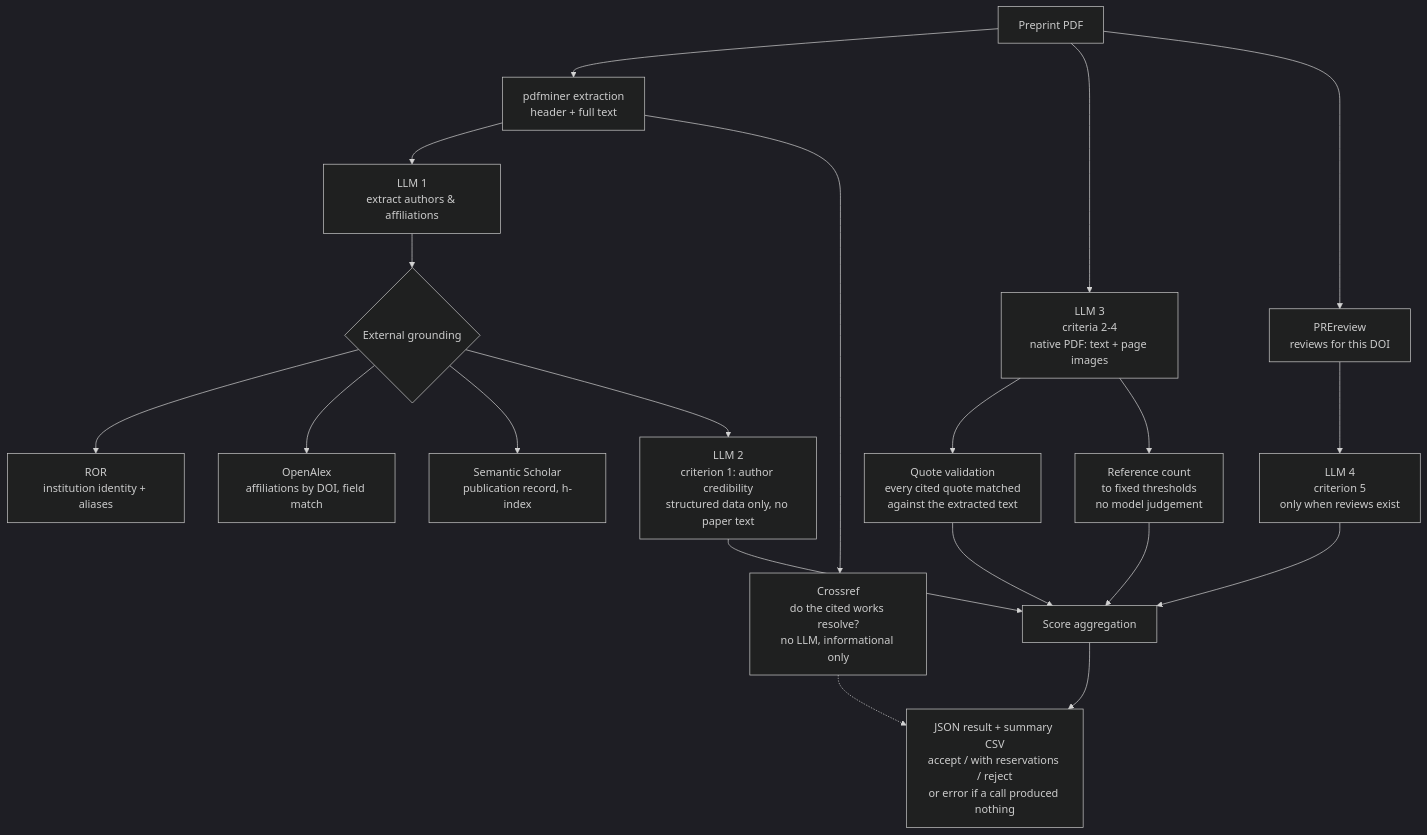
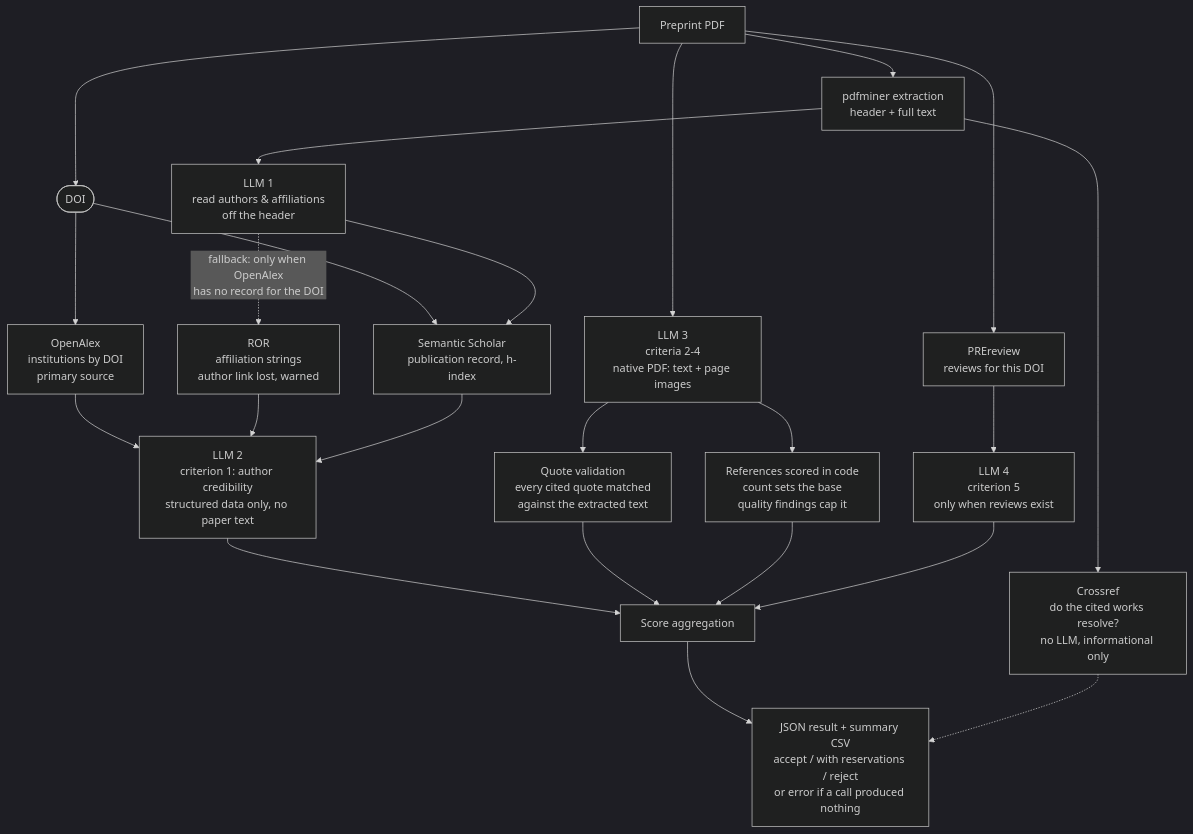
One commit to JuanFinello/preprints-classification-system changed the diagram in README.md. Above: the diagram before and after it, drawn with Mermaid (dark theme). The commit also changed other lines of this file, not shown here.

Commit message:
docs: el diagrama mostraba el grounding colgando del LLM, al revés de como es
Las tres fuentes externas salían del LLM 1, como si la verificación
dependiera de lo que el modelo lee del header. En el código es al revés:
OpenAlex se consulta por DOI y es la fuente primaria de instituciones,
sin usar nada de la extracción del modelo. ROR corre solo cuando
OpenAlex no tiene registro de ese DOI (3 de 19 papers) y ahí sí usa las
afiliaciones extraídas, con warning explícito porque se pierde el
vínculo autor-institución. Semantic Scholar va por DOI más el autor de
correspondencia.

Queda dibujado con el fallback punteado y explicado abajo, porque es
justamente una decisión de diseño: una afiliación mal leída no puede
contaminar el grounding.

Se corrige además el nodo de references, que seguía diciendo "no model
judgement" desde antes de que la calidad entrara al score.

Claude-Session: https://claude.ai/code/session_01T67FGTQpXs2fyXq6VSwbXt

````diff
--- a/README.md
+++ b/README.md
@@ -51,27 +51,32 @@
 ```mermaid
 flowchart TD
     A[Preprint PDF] --> B[pdfminer extraction<br/>header + full text]
 
-    B --> C[LLM 1<br/>extract authors & affiliations]
-    C --> D{External grounding}
-    D --> D1[ROR<br/>institution identity + aliases]
-    D --> D2[OpenAlex<br/>affiliations by DOI, field match]
-    D --> D3[Semantic Scholar<br/>publication record, h-index]
-    D --> F[LLM 2<br/>criterion 1: author credibility<br/>structured data only, no paper text]
+    A --> DOI([DOI])
+    B --> C[LLM 1<br/>read authors & affiliations<br/>off the header]
+
+    DOI --> D2[OpenAlex<br/>institutions by DOI<br/>primary source]
+    DOI --> D3[Semantic Scholar<br/>publication record, h-index]
+    C --> D3
+    C -. fallback: only when OpenAlex<br/>has no record for the DOI .-> D1[ROR<br/>affiliation strings<br/>author link lost, warned]
+
+    D2 --> F[LLM 2<br/>criterion 1: author credibility<br/>structured data only, no paper text]
+    D1 --> F
+    D3 --> F
 
     A --> E[LLM 3<br/>criteria 2-4<br/>native PDF: text + page images]
     E --> I[Quote validation<br/>every cited quote matched<br/>against the extracted text]
-    E --> J[Reference count<br/>to fixed thresholds<br/>no model judgement]
+    E --> J[References scored in code<br/>count sets the base<br/>quality findings cap it]
 
     A --> H[PREreview<br/>reviews for this DOI]
     H --> G[LLM 4<br/>criterion 5<br/>only when reviews exist]
 
     B --> V[Crossref<br/>do the cited works resolve?<br/>no LLM, informational only]
 
     F --> K[Score aggregation]
     I --> K
     J --> K
     G --> K
     K --> L[JSON result + summary CSV<br/>accept / with reservations / reject<br/>or error if a call produced nothing]
     V -.-> L
 ```
````
